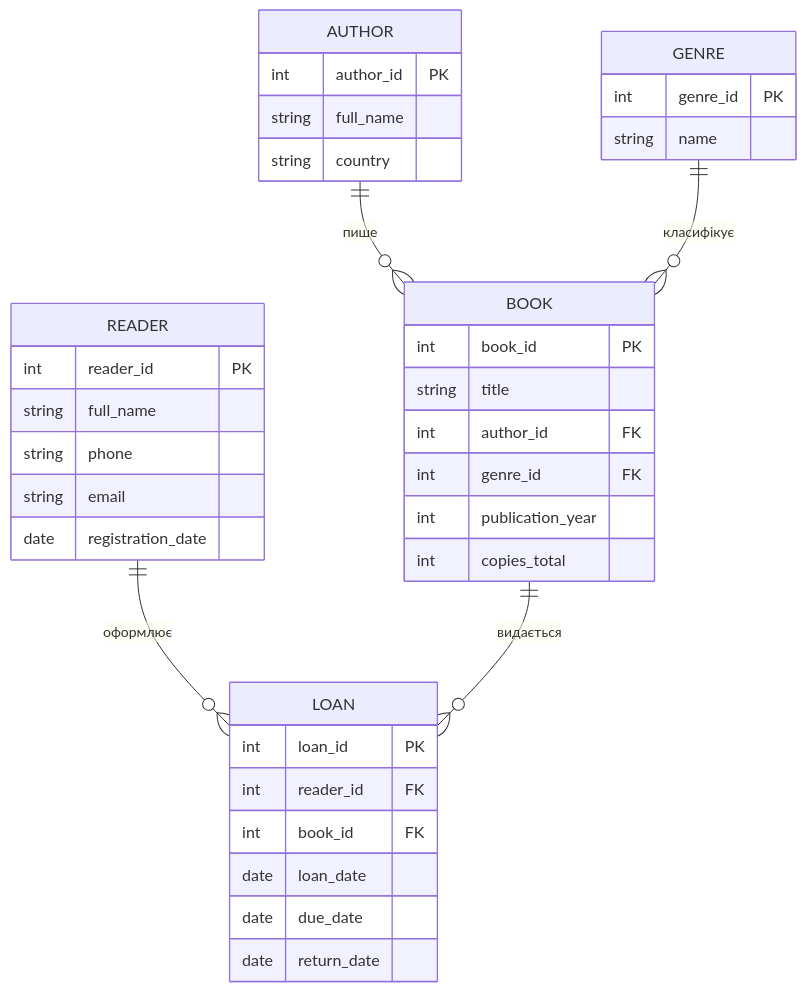
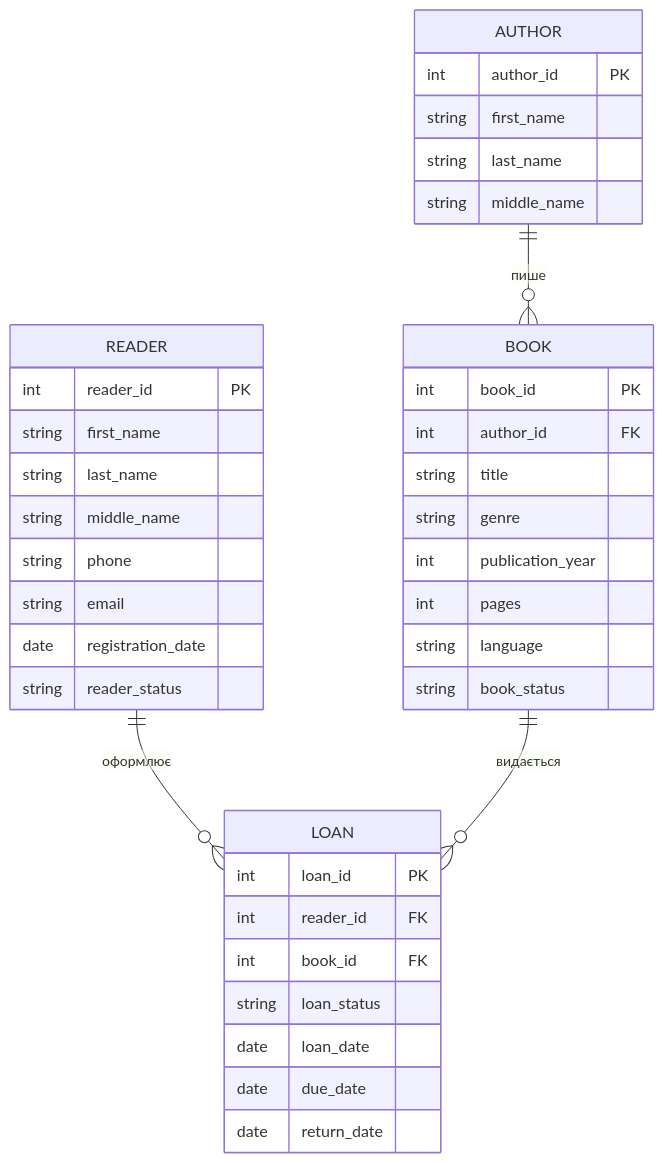
One commit to vanyadzygman/db-intro-course changed the diagram in labs/1 - ER Diagram/lab/report.md. Above: the diagram before and after it, drawn with Mermaid. The commit also changed other lines of this file and 1 other file, not shown here.

Commit message:
docs(lab1): update ER model with redesigned tables

````diff
--- a/labs/1 - ER Diagram/lab/report.md
+++ b/labs/1 - ER Diagram/lab/report.md
@@ -137,44 +140,45 @@
 ```mermaid
 erDiagram
   AUTHOR ||--o{ BOOK : "пише"
-  GENRE ||--o{ BOOK : "класифікує"
   READER ||--o{ LOAN : "оформлює"
   BOOK ||--o{ LOAN : "видається"
 
-  AUTHOR {
-    int author_id PK
-    string full_name
-    string country
-  }
-
-  GENRE {
-    int genre_id PK
-    string name
-  }
-
   READER {
     int reader_id PK
-    string full_name
+    string first_name
+    string last_name
+    string middle_name
     string phone
     string email
     date registration_date
+    string reader_status
+  }
+
+  AUTHOR {
+    int author_id PK
+    string first_name
+    string last_name
+    string middle_name
   }
 
   BOOK {
     int book_id PK
+    int author_id FK
     string title
-    int author_id FK
-    int genre_id FK
+    string genre
     int publication_year
-    int copies_total
+    int pages
+    string language
+    string book_status
   }
 
   LOAN {
     int loan_id PK
     int reader_id FK
     int book_id FK
+    string loan_status
     date loan_date
     date due_date
     date return_date
   }
 ```
````
